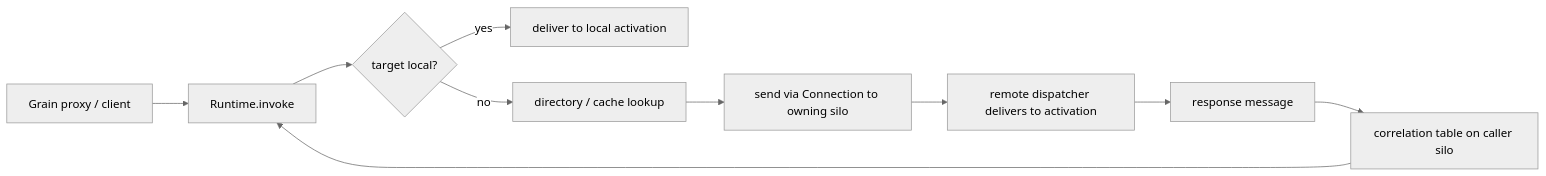
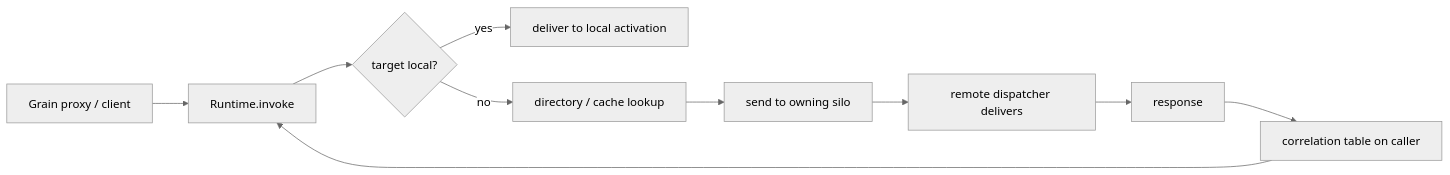
Before and after one commit to dave-hillier-co/thresh: the diagram in docs/04-messaging-and-serialization.md, drawn with Mermaid (neutral theme). The commit also changed other lines of this file and 7 other files, not shown here.

````diff
--- a/docs/04-messaging-and-serialization.md
+++ b/docs/04-messaging-and-serialization.md
@@ -110,12 +66,10 @@
 ```mermaid
 flowchart LR
     P[Grain proxy / client] --> R[Runtime.invoke]
     R --> L{target local?}
     L -- yes --> A[deliver to local activation]
     L -- no --> C[directory / cache lookup]
-    C --> S[send via Connection to owning silo]
-    S --> RA[remote dispatcher delivers to activation]
-    RA --> RESP[response message]
-    RESP --> CT[correlation table on caller silo]
-    CT --> R
+    C --> S[send to owning silo]
+    S --> RA[remote dispatcher delivers]
+    RA --> RESP[response] --> CT[correlation table on caller] --> R
 ```
````
